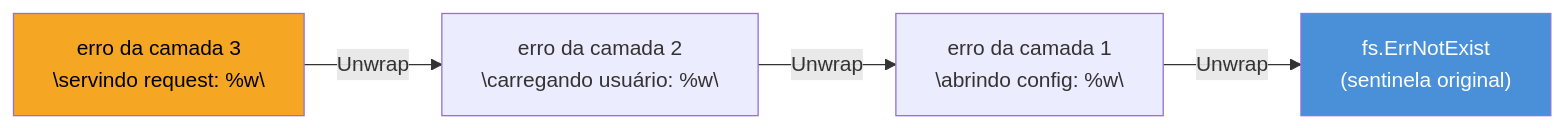
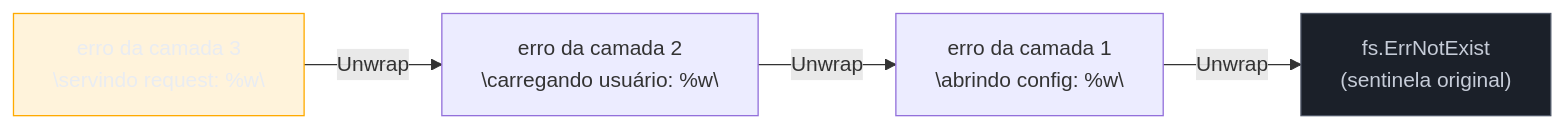
Before and after one commit to josenaldo/codex-technomanticus: the first of 2 diagrams in 03-Dominios/Tecnologia/Go/04 - Erros como valor/03 - Error wrapping e a cadeia de erros.md, drawn with Mermaid. The commit also changed 1181 other files, not shown here.

First line of the commit message:
fix(diagramas): paleta do sistema no lugar de cor cravada no markdown

````diff
--- a/03-Dominios/Tecnologia/Go/04 - Erros como valor/03 - Error wrapping e a cadeia de erros.md
+++ b/03-Dominios/Tecnologia/Go/04 - Erros como valor/03 - Error wrapping e a cadeia de erros.md
@@ -61,9 +61,11 @@
 ```mermaid
 flowchart LR
+    classDef neutro fill:#1B2029,stroke:#4E5666,color:#C6CCD8
+    classDef destaque fill:#FFAA0024,stroke:#FFAA00,color:#E9ECF2
     E3["erro da camada 3\n\"servindo request: %w\""] -->|Unwrap| E2["erro da camada 2\n\"carregando usuário: %w\""]
     E2 -->|Unwrap| E1["erro da camada 1\n\"abrindo config: %w\""]
     E1 -->|Unwrap| E0["fs.ErrNotExist\n(sentinela original)"]
 
-    style E0 fill:#4A90D9,color:#fff
-    style E3 fill:#F5A623,color:#000
+    class E0 neutro
+    class E3 destaque
 ```
````
